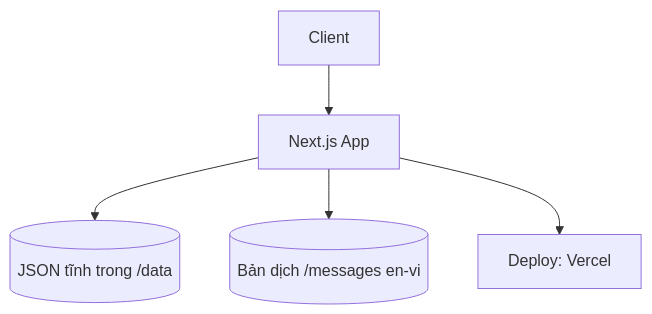
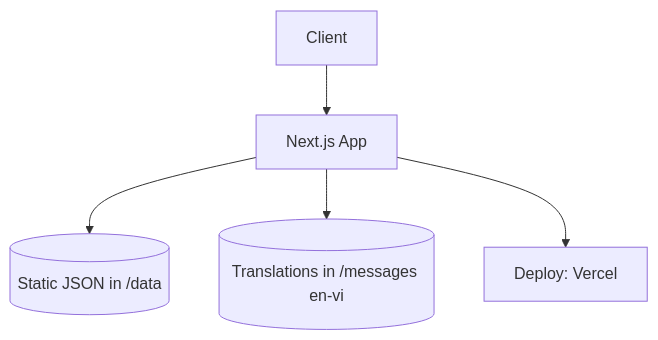
One commit to gahoccode215/game-opm-strongest-guide changed the diagram in context/project-overview.md. Above: the diagram before and after it, drawn with Mermaid. The commit also changed other lines of this file and 11 other files, not shown here.

````diff
--- a/context/project-overview.md
+++ b/context/project-overview.md
@@ -141,7 +141,7 @@
 ```mermaid
 graph TD;
   Client --> NextApp[Next.js App]
-  NextApp --> StaticData[(JSON tĩnh trong /data)]
-  NextApp --> Messages[(Bản dịch /messages en-vi)]
+  NextApp --> StaticData[(Static JSON in /data)]
+  NextApp --> Messages[(Translations in /messages en-vi)]
   NextApp --> Vercel[Deploy: Vercel]
 ```
````
